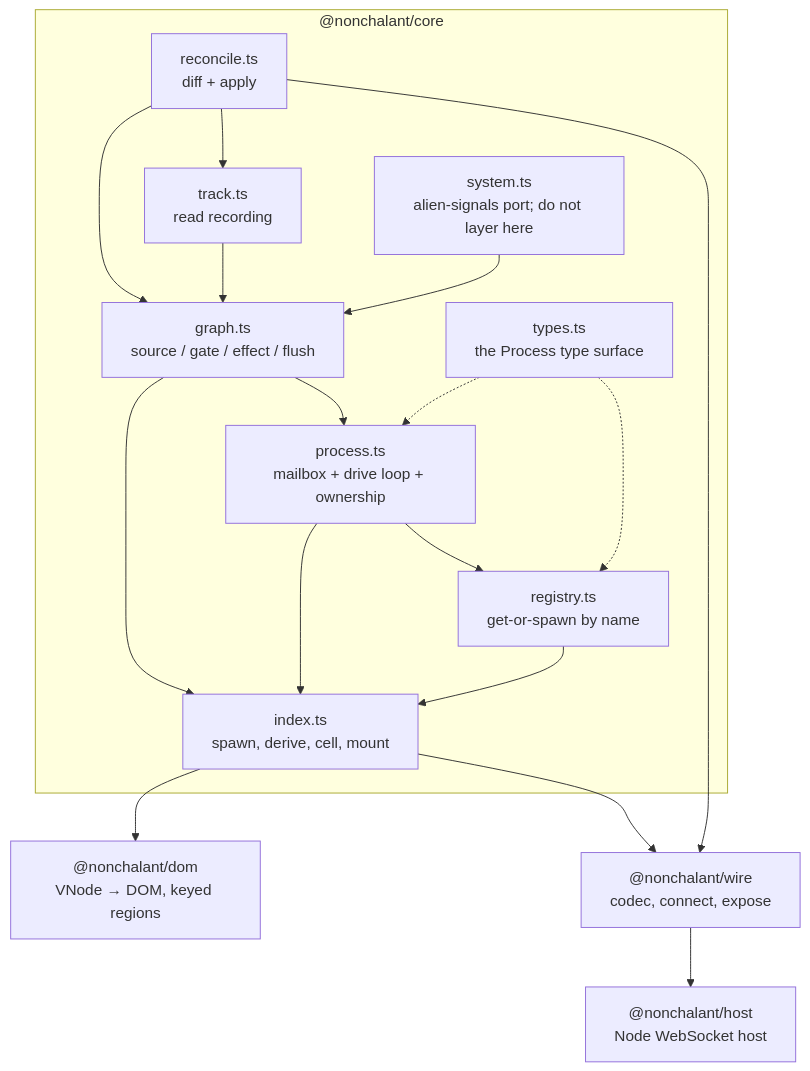
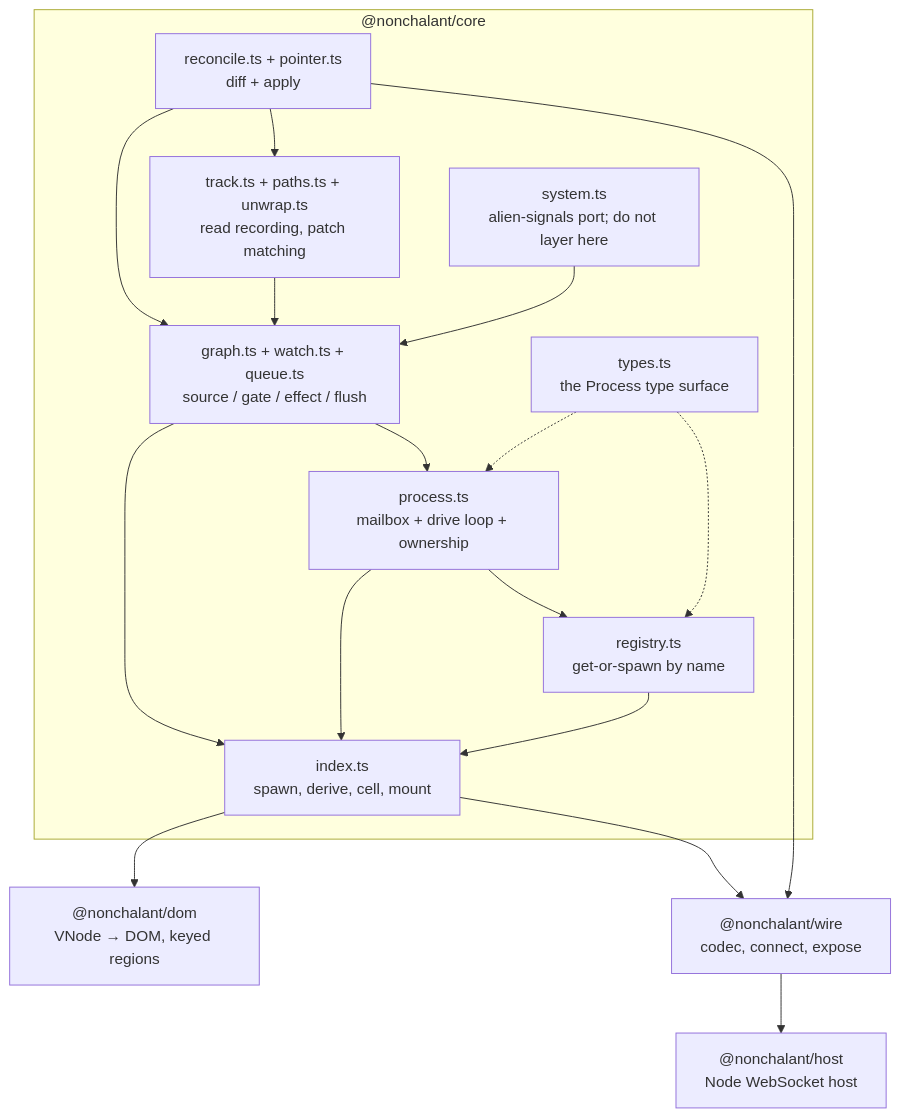
Before and after one commit to twfarland/nonchalant: the second of 2 diagrams in docs/internals/README.md, drawn with Mermaid. The commit also changed other lines of this file and 3 other files, not shown here.

````diff
--- a/docs/internals/README.md
+++ b/docs/internals/README.md
@@ -46,32 +46,32 @@
 ```mermaid
 flowchart TD
     subgraph core["@nonchalant/core"]
         TY["types.ts<br/>the Process type surface"]
-        RC["reconcile.ts<br/>diff + apply"]
-        TR["track.ts<br/>read recording"]
+        RC["reconcile.ts + pointer.ts<br/>diff + apply"]
+        TR["track.ts + paths.ts + unwrap.ts<br/>read recording, patch matching"]
         SY["system.ts<br/>alien-signals port; do not layer here"]
-        GR["graph.ts<br/>source / gate / effect / flush"]
+        GR["graph.ts + watch.ts + queue.ts<br/>source / gate / effect / flush"]
         PR["process.ts<br/>mailbox + drive loop + ownership"]
         RG["registry.ts<br/>get-or-spawn by name"]
         IX["index.ts<br/>spawn, derive, cell, mount"]
     end
     DOM["@nonchalant/dom<br/>VNode → DOM, keyed regions"]
     WIRE["@nonchalant/wire<br/>codec, connect, expose"]
     HOST["@nonchalant/host<br/>Node WebSocket host"]
 
     RC --> TR
     RC --> GR
     TR --> GR
     SY --> GR
     GR --> PR
     PR --> RG
     GR --> IX
     PR --> IX
     RG --> IX
     TY -.-> PR
     TY -.-> RG
     IX --> DOM
     IX --> WIRE
     RC --> WIRE
     WIRE --> HOST
 ```
````
